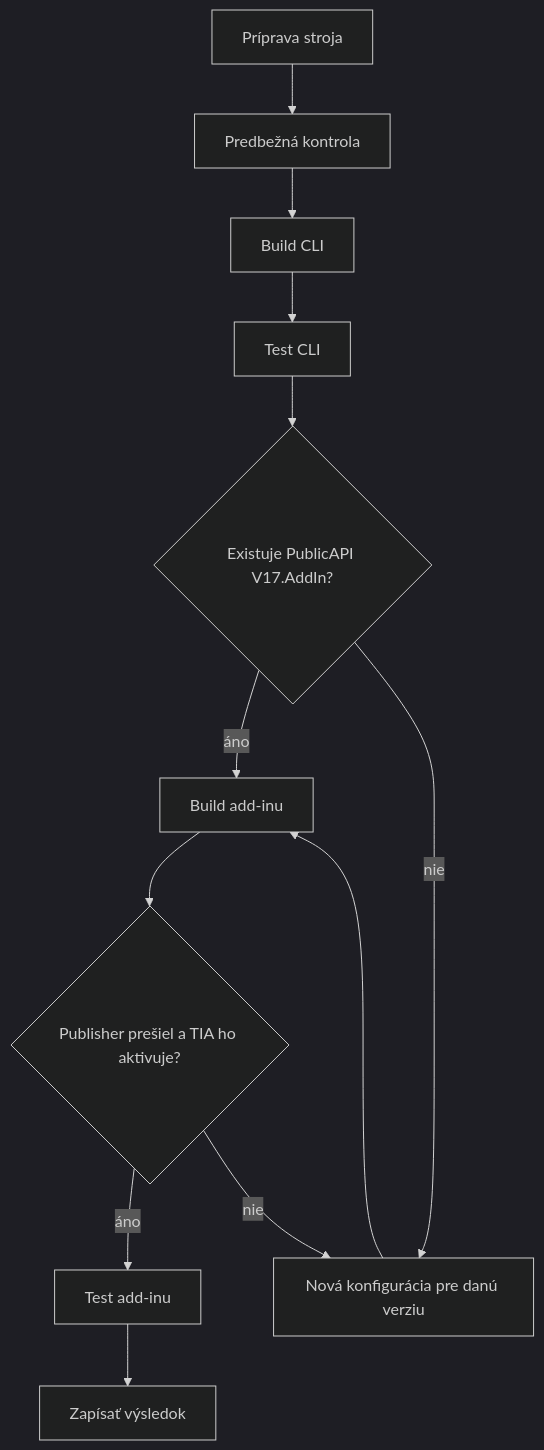
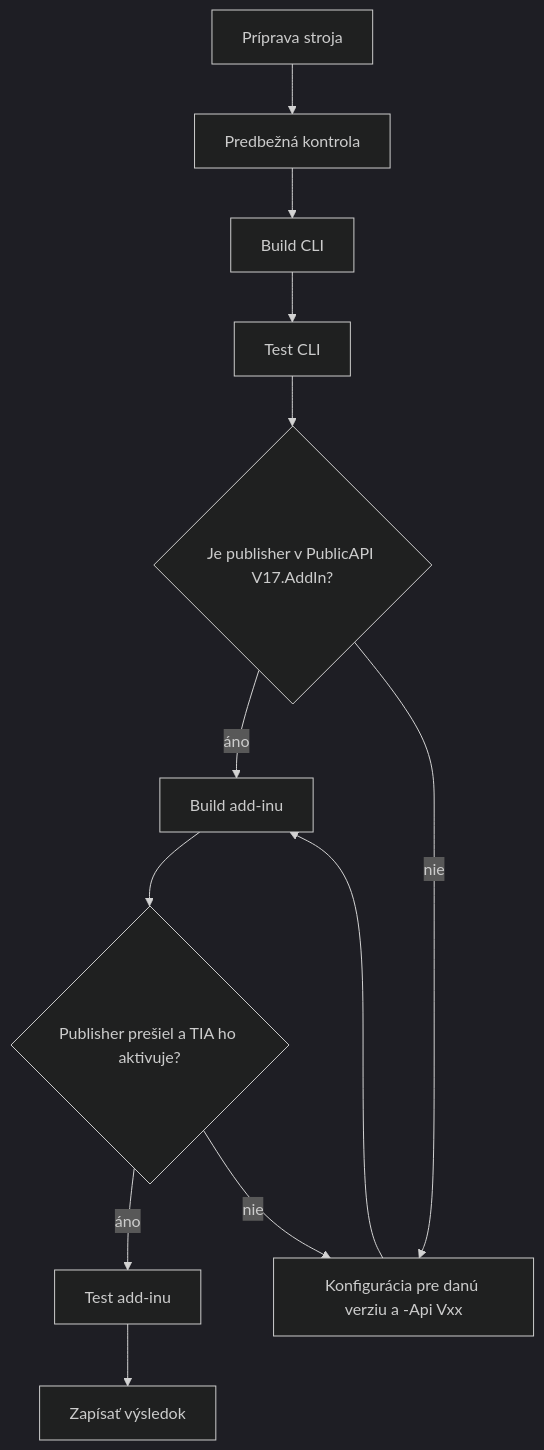
Before and after one commit to xsugra/tia-sbom-utility: the diagram in docs/07-testovanie-verzii.md, drawn with Mermaid (dark theme). The commit also changed other lines of this file and 12 other files, not shown here.

````diff
--- a/docs/07-testovanie-verzii.md
+++ b/docs/07-testovanie-verzii.md
@@ -20,14 +20,14 @@
 ```mermaid
 flowchart TD
     A["Príprava stroja"] --> B["Predbežná kontrola"]
     B --> C["Build CLI"]
     C --> D["Test CLI"]
-    D --> E{"Existuje PublicAPI V17.AddIn?"}
+    D --> E{"Je publisher v PublicAPI V17.AddIn?"}
     E -->|"áno"| F["Build add-inu"]
-    E -->|"nie"| I["Nová konfigurácia pre danú verziu"]
+    E -->|"nie"| I["Konfigurácia pre danú verziu a -Api Vxx"]
     F --> G{"Publisher prešiel a TIA ho aktivuje?"}
     G -->|"áno"| H["Test add-inu"]
     G -->|"nie"| I
     I --> F
     H --> J["Zapísať výsledok"]
 ```
````
